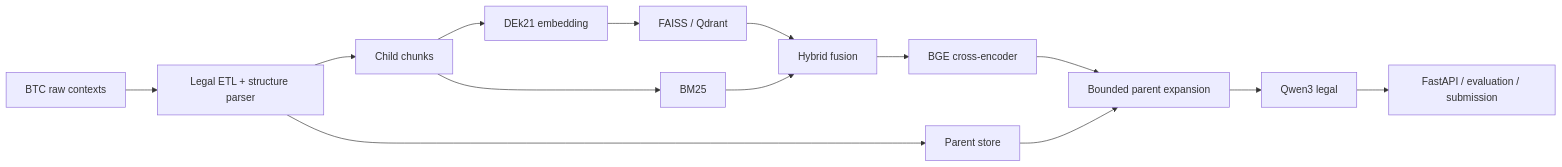
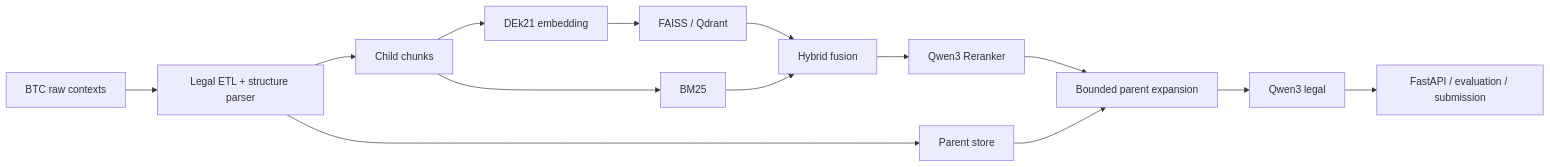
Before and after one commit to solvarhuynh/UIT-Data-Science-Challenge-2026: the diagram in README.md, drawn with Mermaid. The commit also changed other lines of this file, not shown here.

````diff
--- a/README.md
+++ b/README.md
@@ -42,16 +44,16 @@
 ```mermaid
 flowchart LR
     RAW[BTC raw contexts] --> ETL[Legal ETL + structure parser]
     ETL --> CHILD[Child chunks]
     ETL --> PARENT[Parent store]
     CHILD --> EMB[DEk21 embedding]
     EMB --> DENSE[FAISS / Qdrant]
     CHILD --> BM25[BM25]
     DENSE --> HYBRID[Hybrid fusion]
     BM25 --> HYBRID
-    HYBRID --> RERANK[BGE cross-encoder]
+    HYBRID --> RERANK[Qwen3 Reranker]
     RERANK --> EXPAND[Bounded parent expansion]
     PARENT --> EXPAND
     EXPAND --> LLM[Qwen3 legal]
     LLM --> API[FastAPI / evaluation / submission]
 ```
````
